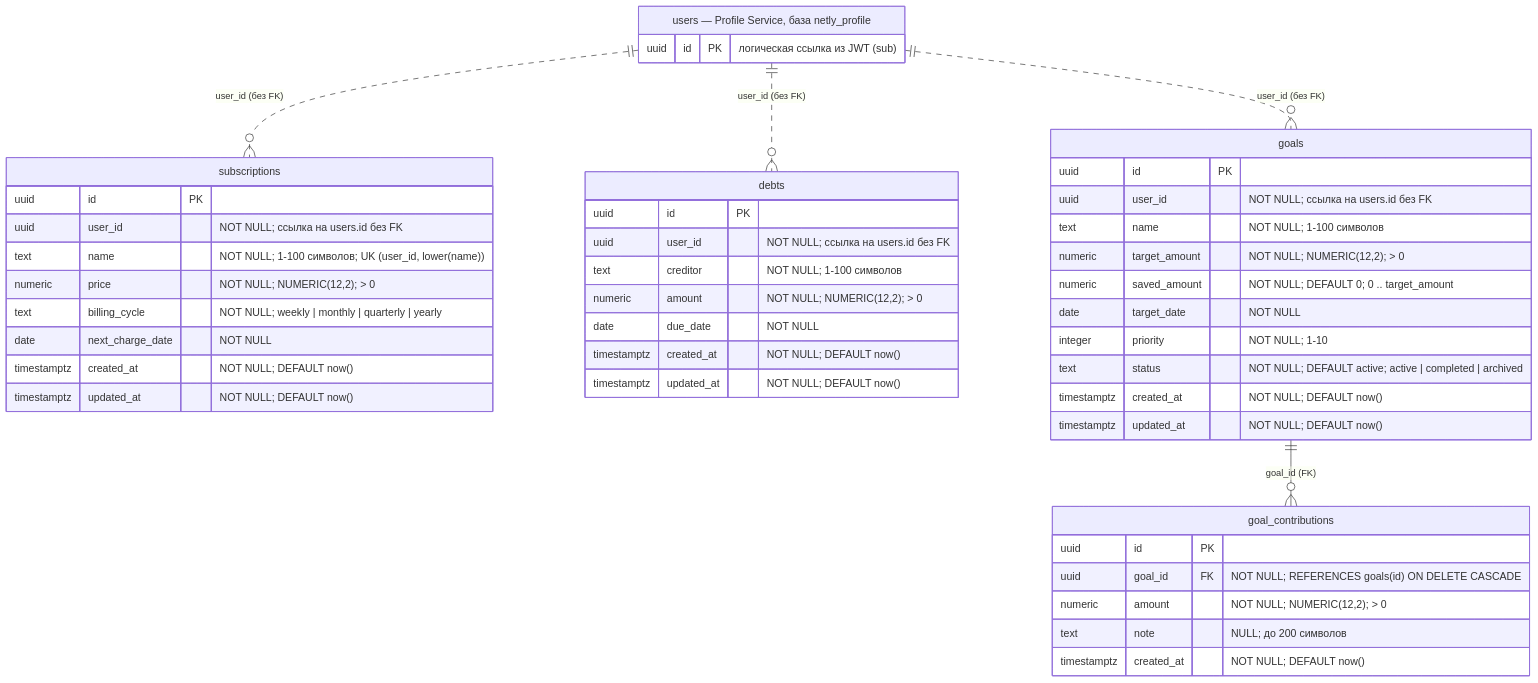
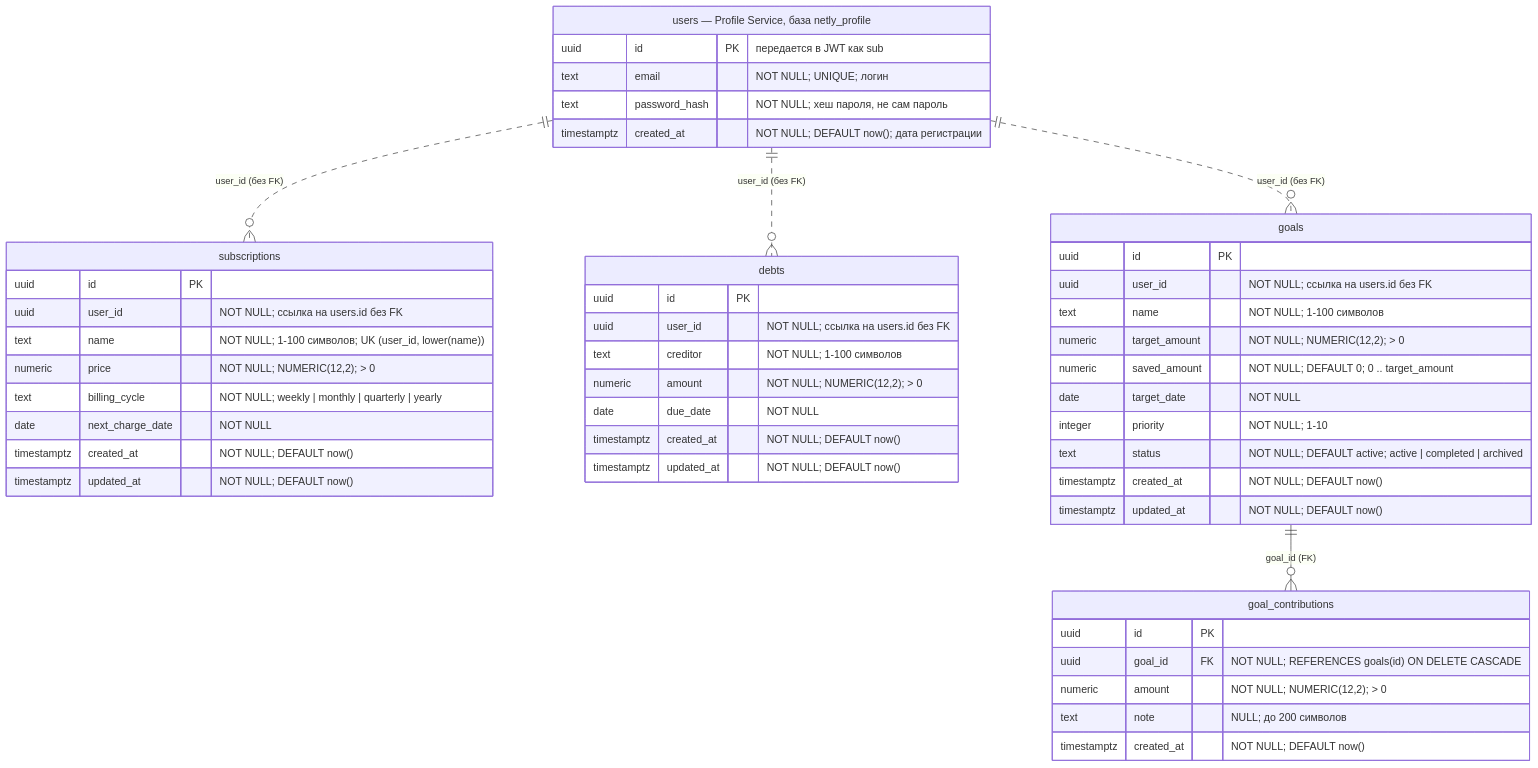
The diagram in docs/database.md (albtugel/Netly), drawn with Mermaid before and after one commit. The commit also changed other lines of this file and 1 other file, not shown here.

First line of the commit message:
docs(budget): show the full users table in the ER diagram

````diff
--- a/docs/database.md
+++ b/docs/database.md
@@ -11,53 +11,56 @@
 ```mermaid
 erDiagram
     users ||..o{ subscriptions : "user_id (без FK)"
     users ||..o{ debts : "user_id (без FK)"
     users ||..o{ goals : "user_id (без FK)"
     goals ||--o{ goal_contributions : "goal_id (FK)"
 
     users["users — Profile Service, база netly_profile"] {
-        uuid id PK "логическая ссылка из JWT (sub)"
+        uuid id PK "передается в JWT как sub"
+        text email "NOT NULL; UNIQUE; логин"
+        text password_hash "NOT NULL; хеш пароля, не сам пароль"
+        timestamptz created_at "NOT NULL; DEFAULT now(); дата регистрации"
     }
 
     subscriptions {
         uuid id PK
         uuid user_id "NOT NULL; ссылка на users.id без FK"
         text name "NOT NULL; 1-100 символов; UK (user_id, lower(name))"
         numeric price "NOT NULL; NUMERIC(12,2); > 0"
         text billing_cycle "NOT NULL; weekly | monthly | quarterly | yearly"
         date next_charge_date "NOT NULL"
         timestamptz created_at "NOT NULL; DEFAULT now()"
         timestamptz updated_at "NOT NULL; DEFAULT now()"
     }
 
     debts {
         uuid id PK
         uuid user_id "NOT NULL; ссылка на users.id без FK"
         text creditor "NOT NULL; 1-100 символов"
         numeric amount "NOT NULL; NUMERIC(12,2); > 0"
         date due_date "NOT NULL"
         timestamptz created_at "NOT NULL; DEFAULT now()"
         timestamptz updated_at "NOT NULL; DEFAULT now()"
     }
 
     goals {
         uuid id PK
         uuid user_id "NOT NULL; ссылка на users.id без FK"
         text name "NOT NULL; 1-100 символов"
         numeric target_amount "NOT NULL; NUMERIC(12,2); > 0"
         numeric saved_amount "NOT NULL; DEFAULT 0; 0 .. target_amount"
         date target_date "NOT NULL"
         integer priority "NOT NULL; 1-10"
         text status "NOT NULL; DEFAULT active; active | completed | archived"
         timestamptz created_at "NOT NULL; DEFAULT now()"
         timestamptz updated_at "NOT NULL; DEFAULT now()"
     }
 
     goal_contributions {
         uuid id PK
         uuid goal_id FK "NOT NULL; REFERENCES goals(id) ON DELETE CASCADE"
         numeric amount "NOT NULL; NUMERIC(12,2); > 0"
         text note "NULL; до 200 символов"
         timestamptz created_at "NOT NULL; DEFAULT now()"
     }
 ```
````
